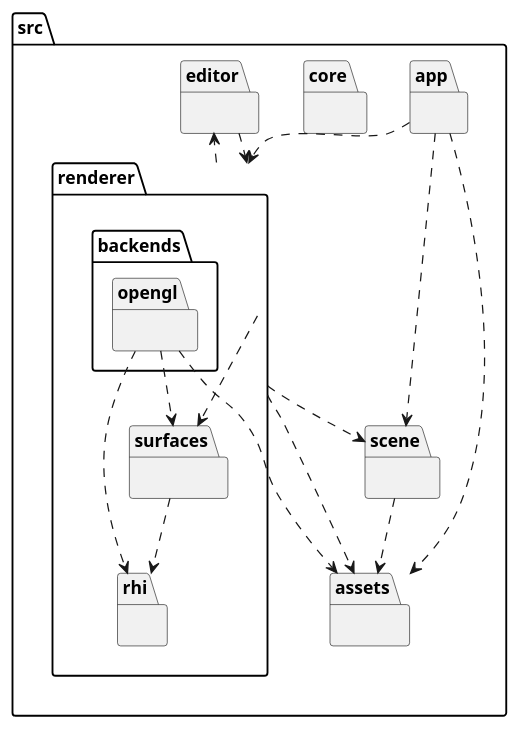
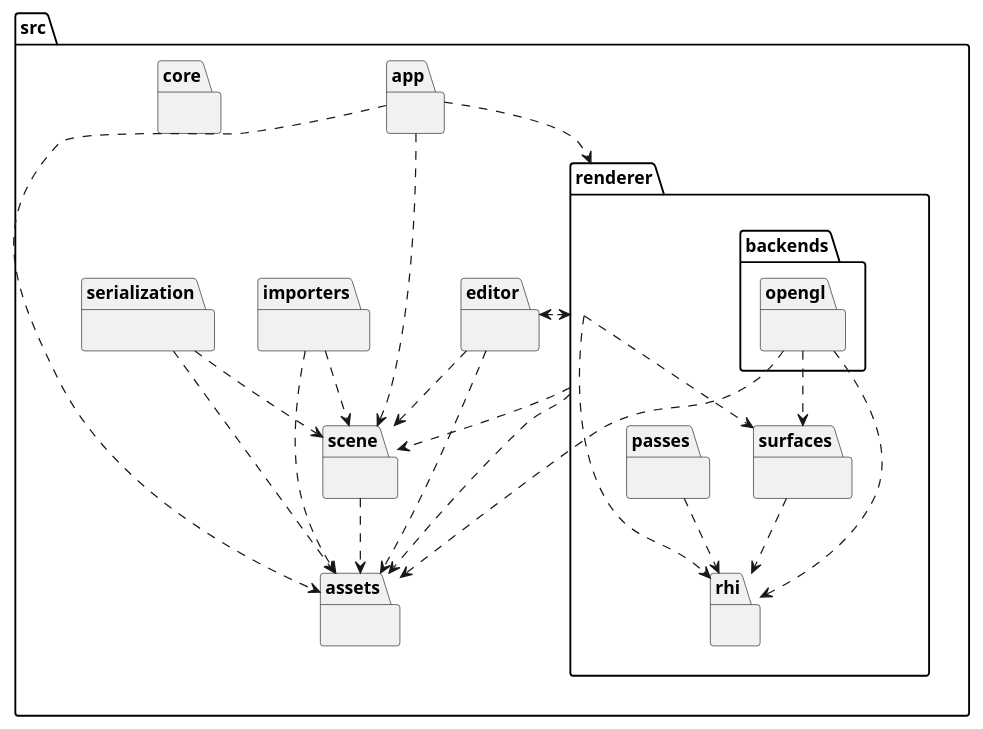
One commit to VioletAir5/MiniRender changed the diagram in docs/diagrams/renderlab_packages.puml. Above: the diagram before and after it, drawn with PlantUML. The commit also changed 16 other files, not shown here.

```diff
--- a/docs/diagrams/renderlab_packages.puml
+++ b/docs/diagrams/renderlab_packages.puml
@@ -1,40 +1,54 @@
 @startuml
 package [src] as C_0009392701334512935369 {
 package [assets] as C_0016072267354663283630 {
 }
 package [scene] as C_0016285795461947041261 {
 }
 package [app] as C_0015197886863879409370 {
 }
+package [editor] as C_0013334077195134851426 {
+}
+package [importers] as C_0010277880741001977422 {
+}
+package [serialization] as C_0014311536291433145417 {
+}
 package [core] as C_0014209843741555024820 {
 }
 package [renderer] as C_0010810530232160936608 {
+package [passes] as C_0010081281852842771633 {
+}
+package [rhi] as C_0007341477097319275813 {
+}
 package [surfaces] as C_0004801264296240905332 {
 }
 package [backends] as C_0012387374476705774093 {
 package [opengl] as C_0001333043728767907740 {
 }
 }
-package [rhi] as C_0007341477097319275813 {
-}
-}
-package [editor] as C_0013334077195134851426 {
 }
 }
 C_0016285795461947041261 ..> C_0016072267354663283630
 C_0015197886863879409370 ..> C_0016072267354663283630
 C_0015197886863879409370 ..> C_0016285795461947041261
 C_0015197886863879409370 ..> C_0010810530232160936608
+C_0013334077195134851426 ..> C_0016285795461947041261
+C_0013334077195134851426 ..> C_0010810530232160936608
+C_0013334077195134851426 ..> C_0016072267354663283630
+C_0010277880741001977422 ..> C_0016285795461947041261
+C_0010277880741001977422 ..> C_0016072267354663283630
+C_0014311536291433145417 ..> C_0016285795461947041261
+C_0014311536291433145417 ..> C_0016072267354663283630
 C_0010810530232160936608 ..> C_0016072267354663283630
 C_0010810530232160936608 ..> C_0016285795461947041261
 C_0010810530232160936608 ..> C_0013334077195134851426
+C_0010810530232160936608 ..> C_0007341477097319275813
 C_0010810530232160936608 ..> C_0004801264296240905332
+C_0010081281852842771633 ..> C_0007341477097319275813
 C_0004801264296240905332 ..> C_0007341477097319275813
 C_0001333043728767907740 ..> C_0016072267354663283630
 C_0001333043728767907740 ..> C_0007341477097319275813
 C_0001333043728767907740 ..> C_0004801264296240905332
-C_0013334077195134851426 ..> C_0010810530232160936608
 
 'Generated with clang-uml, version 0.6.3
 'LLVM version clang version 22.1.8 (https://github.com/llvm/llvm-project.git ca7933e47d3a3451d81e72ac174dcb5aa28b59d1)
 @enduml
```
